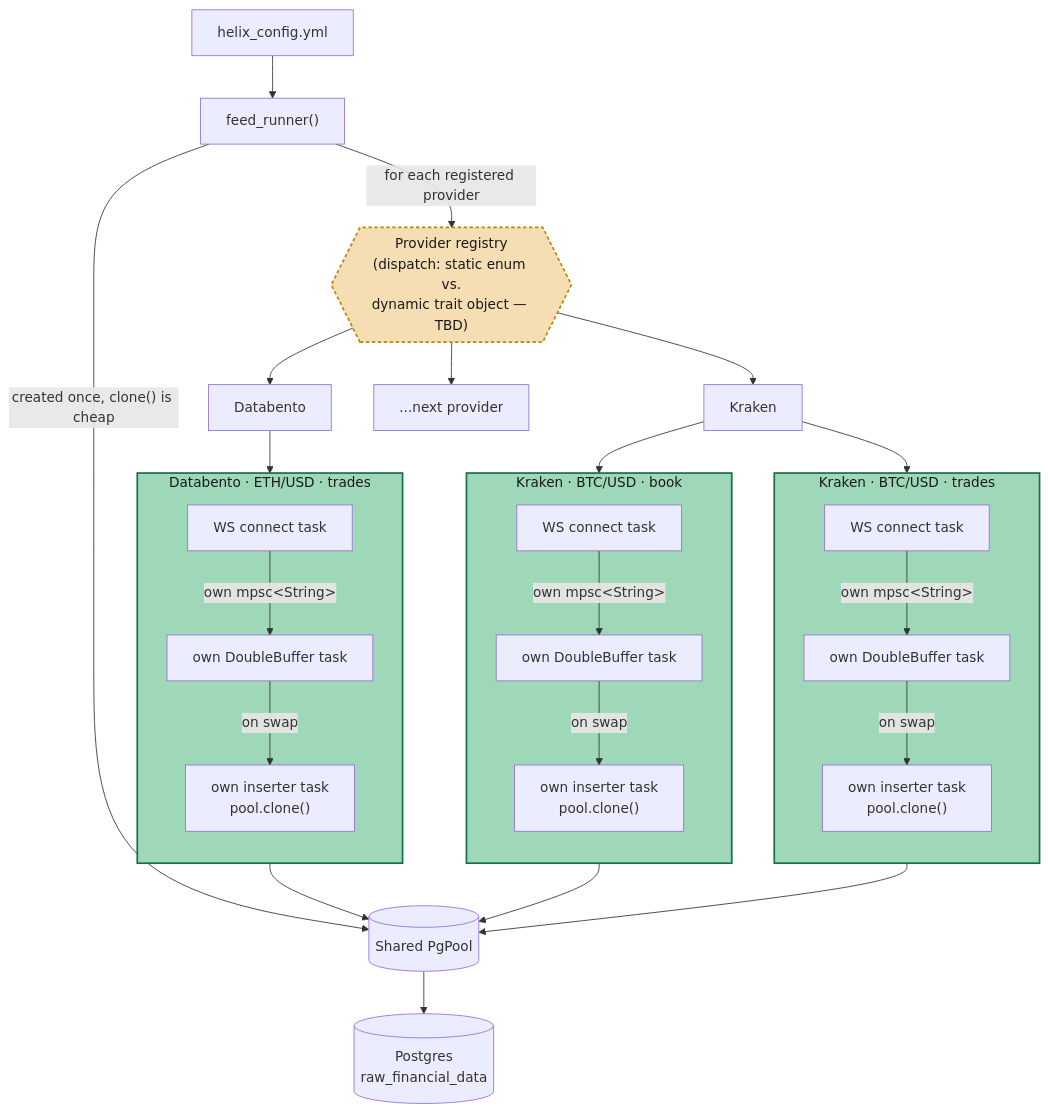
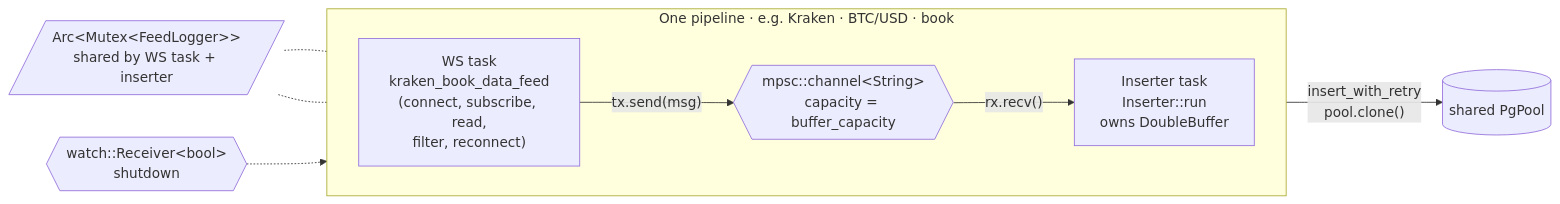
The third of 4 diagrams in docs/architecture.md (Dakotah-Torres/HelixFeed), drawn with Mermaid before and after one commit. The commit also changed other lines of this file and 28 other files, not shown here.

Commit message:
Fix data-loss bugs: inserter retry, fresh L3 token, graceful flush, archiver sidecars, bigint ids; add docs

````diff
--- a/docs/architecture.md
+++ b/docs/architecture.md
@@ -46,42 +99,14 @@
 ```mermaid
-flowchart TD
-    CFG["helix_config.yml"] --> FR["feed_runner()"]
-    FR -->|"for each registered provider"| REG{{"Provider registry<br/>(dispatch: static enum vs.<br/>dynamic trait object — TBD)"}}
-    FR -->|"created once, clone() is cheap"| POOL[("Shared PgPool")]
-
-    REG --> P1["Kraken"]
-    REG --> P2["Databento"]
-    REG --> P3["...next provider"]
-
-    subgraph SYM1["Kraken · BTC/USD · trades"]
-        direction TB
-        WS1["WS connect task"] -->|"own mpsc&lt;String&gt;"| BUF1["own DoubleBuffer task"]
-        BUF1 -->|"on swap"| INS1["own inserter task<br/>pool.clone()"]
+flowchart LR
+    subgraph PIPE["One pipeline · e.g. Kraken · BTC/USD · book"]
+        direction LR
+        WS["WS task<br/>kraken_book_data_feed<br/>(connect, subscribe, read,<br/>filter, reconnect)"]
+        CH{{"mpsc::channel&lt;String&gt;<br/>capacity = buffer_capacity"}}
+        INS["Inserter task<br/>Inserter::run<br/>owns DoubleBuffer"]
+        WS -->|"tx.send(msg)"| CH -->|"rx.recv()"| INS
     end
-
-    subgraph SYM2["Kraken · BTC/USD · book"]
-        direction TB
-        WS2["WS connect task"] -->|"own mpsc&lt;String&gt;"| BUF2["own DoubleBuffer task"]
-        BUF2 -->|"on swap"| INS2["own inserter task<br/>pool.clone()"]
-    end
-
-    subgraph SYM3["Databento · ETH/USD · trades"]
-        direction TB
-        WS3["WS connect task"] -->|"own mpsc&lt;String&gt;"| BUF3["own DoubleBuffer task"]
-        BUF3 -->|"on swap"| INS3["own inserter task<br/>pool.clone()"]
-    end
-
-    P1 --> SYM1
-    P1 --> SYM2
-    P2 --> SYM3
-
-    INS1 --> POOL
-    INS2 --> POOL
-    INS3 --> POOL
-    POOL --> PG[("Postgres<br/>raw_financial_data")]
-
-    classDef independent fill:#9fd8b8,stroke:#1b6e4c,color:#1a1a1a,stroke-width:2px
-    classDef open fill:#f5deb3,stroke:#b8860b,color:#1a1a1a,stroke-width:2px,stroke-dasharray: 4 3
-    class SYM1,SYM2,SYM3 independent
-    class REG open
+    INS -->|"insert_with_retry<br/>pool.clone()"| POOL[("shared PgPool")]
+    FL[/"Arc&lt;Mutex&lt;FeedLogger&gt;&gt;<br/>shared by WS task + inserter"/] -.- WS
+    FL -.- INS
+    SHUT{{"watch::Receiver&lt;bool&gt;<br/>shutdown"}} -.-> INS
 ```
````
